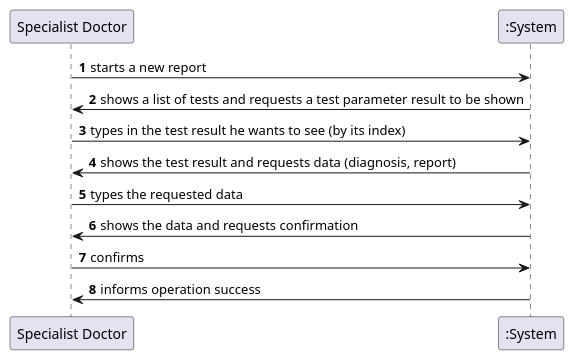
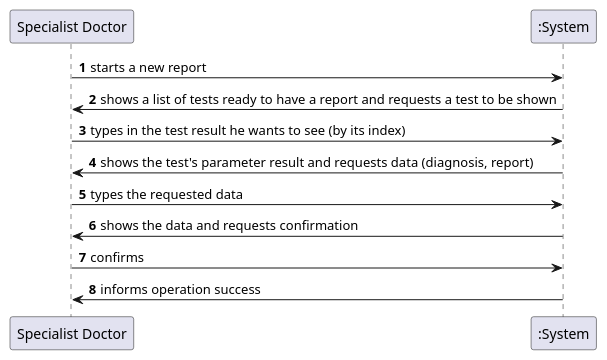
The diagram in docs/SprintC/US14/US14_SSD.puml (MadDinosaur/ISEP-LAPR2), drawn with PlantUML before and after one commit. The commit also changed 5 other files, not shown here.

```diff
--- a/docs/SprintC/US14/US14_SSD.puml
+++ b/docs/SprintC/US14/US14_SSD.puml
@@ -1,13 +1,13 @@
 @startuml
 
 autonumber
 
 "Specialist Doctor" -> ":System": starts a new report
-":System" -> "Specialist Doctor": shows a list of tests and requests a test parameter result to be shown
+":System" -> "Specialist Doctor": shows a list of tests ready to have a report and requests a test to be shown
 "Specialist Doctor" -> ":System": types in the test result he wants to see (by its index)
-":System" -> "Specialist Doctor": shows the test result and requests data (diagnosis, report)
+":System" -> "Specialist Doctor": shows the test's parameter result and requests data (diagnosis, report)
 "Specialist Doctor" -> ":System": types the requested data
 ":System" -> "Specialist Doctor": shows the data and requests confirmation
 "Specialist Doctor" -> ":System": confirms
 ":System" -> "Specialist Doctor": informs operation success
 @enduml
```
